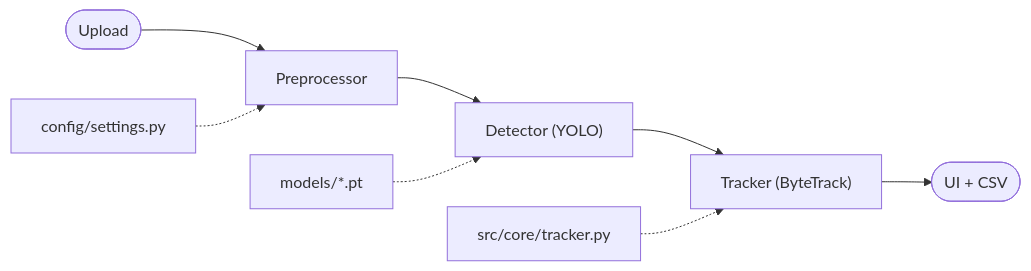
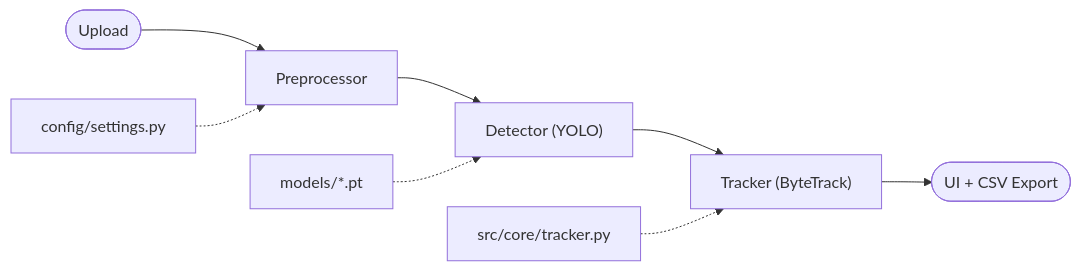
Before and after one commit to VuthDev2/Road_detection: the diagram in README.md, drawn with Mermaid. The commit also changed other lines of this file and 7 other files, not shown here.

````diff
--- a/README.md
+++ b/README.md
@@ -134,11 +114,11 @@
 ```mermaid
 flowchart LR
     A([Upload]) --> B[Preprocessor]
     B --> C["Detector (YOLO)"]
     C --> D["Tracker (ByteTrack)"]
-    D --> E([UI + CSV])
-    
+    D --> E([UI + CSV Export])
+
     F["config/settings.py"] -.-> B
     G["models/*.pt"] -.-> C
     H["src/core/tracker.py"] -.-> D
 ```
````
